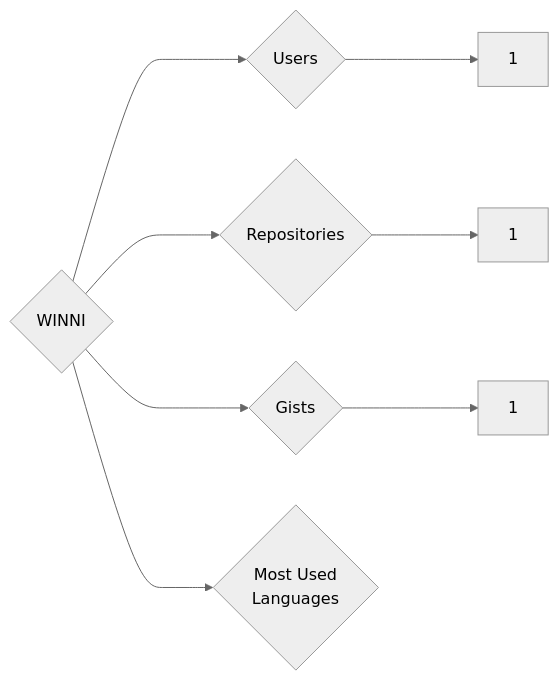
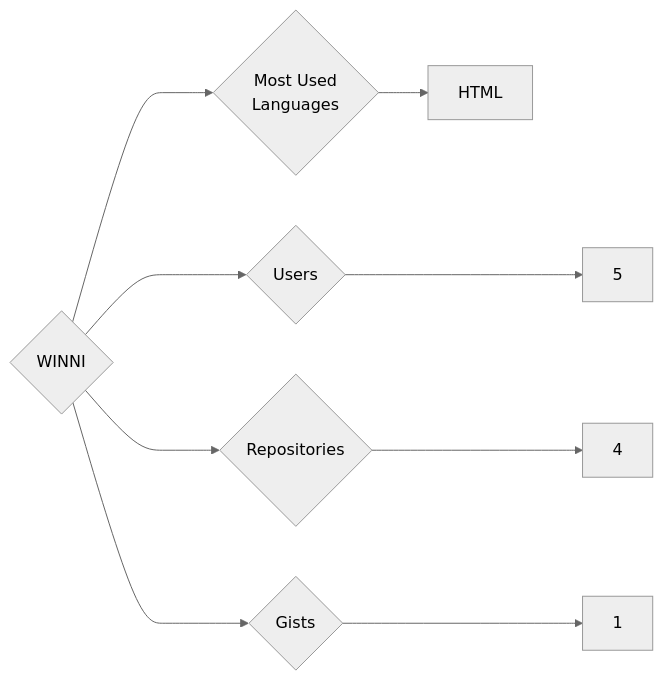
One commit to trickest/insiders changed the diagram in targets/WINNI/README.md. Above: the diagram before and after it, drawn with Mermaid (neutral theme). The commit also changed 806 other files, not shown here.

````diff
--- a/targets/WINNI/README.md
+++ b/targets/WINNI/README.md
@@ -3,8 +3,9 @@
 ```mermaid
 graph LR
 COMPANY_NAME{WINNI}
-COMPANY_NAME ---> U{Users} ---> UN[1]
-COMPANY_NAME ---> R{Repositories} ---> RN[1]
+COMPANY_NAME ---> U{Users} ---> UN[5]
+COMPANY_NAME ---> R{Repositories} ---> RN[4]
 COMPANY_NAME ---> G{Gists} ---> GN[1]
 COMPANY_NAME ---> ML{Most Used<br>Languages}
+ML --> HTML[HTML]
 ```
````
